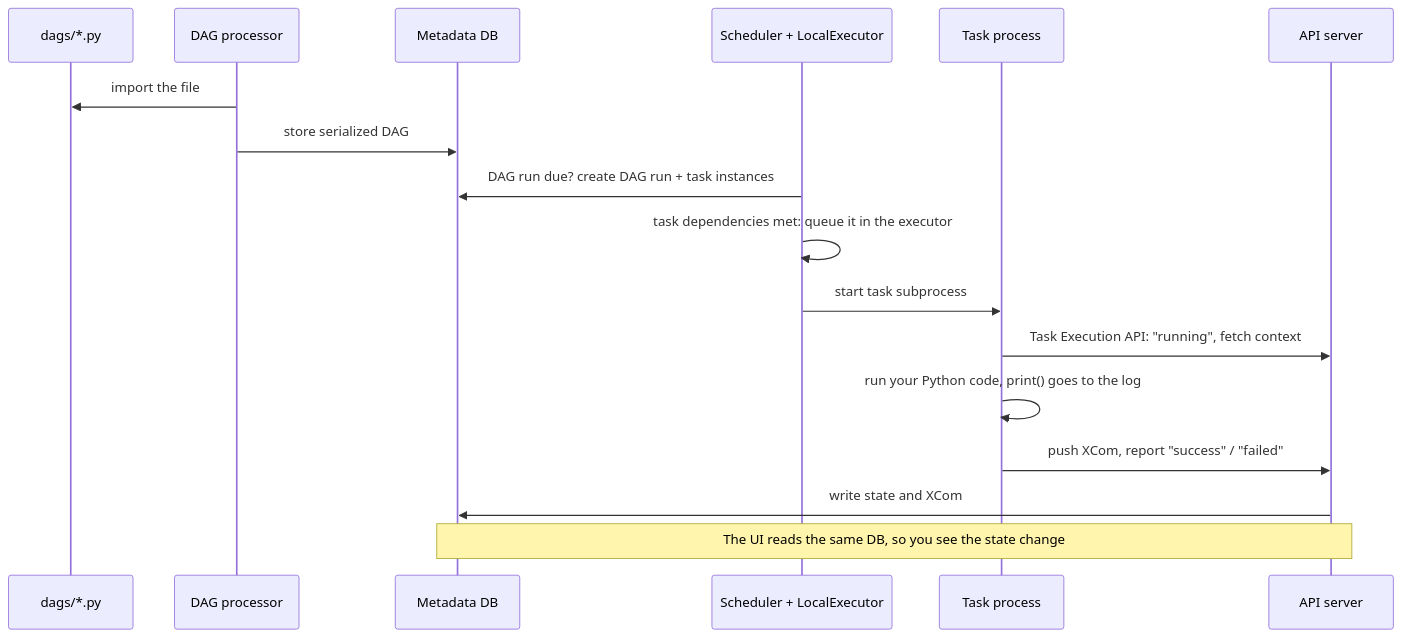
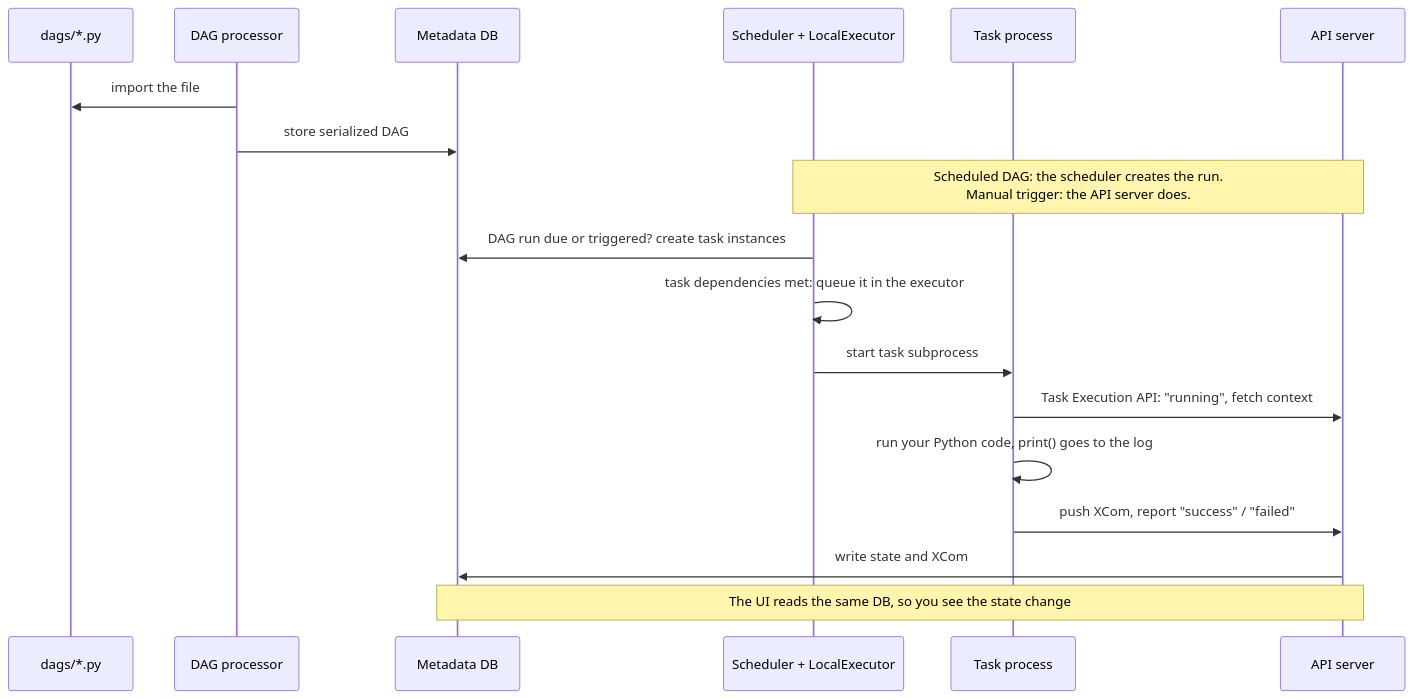
Before and after one commit to RekordowyGeniusz/apache-airflow-shenanigans: the diagram in docs/lessons/00-setup-and-architecture.md, drawn with Mermaid. The commit also changed other lines of this file and 4 other files, not shown here.

````diff
--- a/docs/lessons/00-setup-and-architecture.md
+++ b/docs/lessons/00-setup-and-architecture.md
@@ -30,20 +32,21 @@
 ```mermaid
 sequenceDiagram
     participant F as dags/*.py
     participant P as DAG processor
     participant DB as Metadata DB
     participant S as Scheduler + LocalExecutor
     participant T as Task process
     participant A as API server
 
     P->>F: import the file
     P->>DB: store serialized DAG
-    S->>DB: DAG run due? create DAG run + task instances
+    Note over S,A: Scheduled DAG: the scheduler creates the run.<br/>Manual trigger: the API server does.
+    S->>DB: DAG run due or triggered? create task instances
     S->>S: task dependencies met: queue it in the executor
     S->>T: start task subprocess
     T->>A: Task Execution API: "running", fetch context
     T->>T: run your Python code, print() goes to the log
     T->>A: push XCom, report "success" / "failed"
     A->>DB: write state and XCom
     Note over A,DB: The UI reads the same DB, so you see the state change
 ```
````
